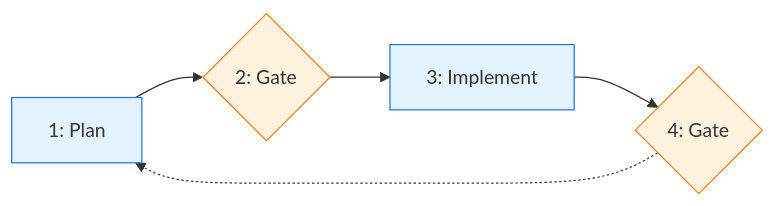
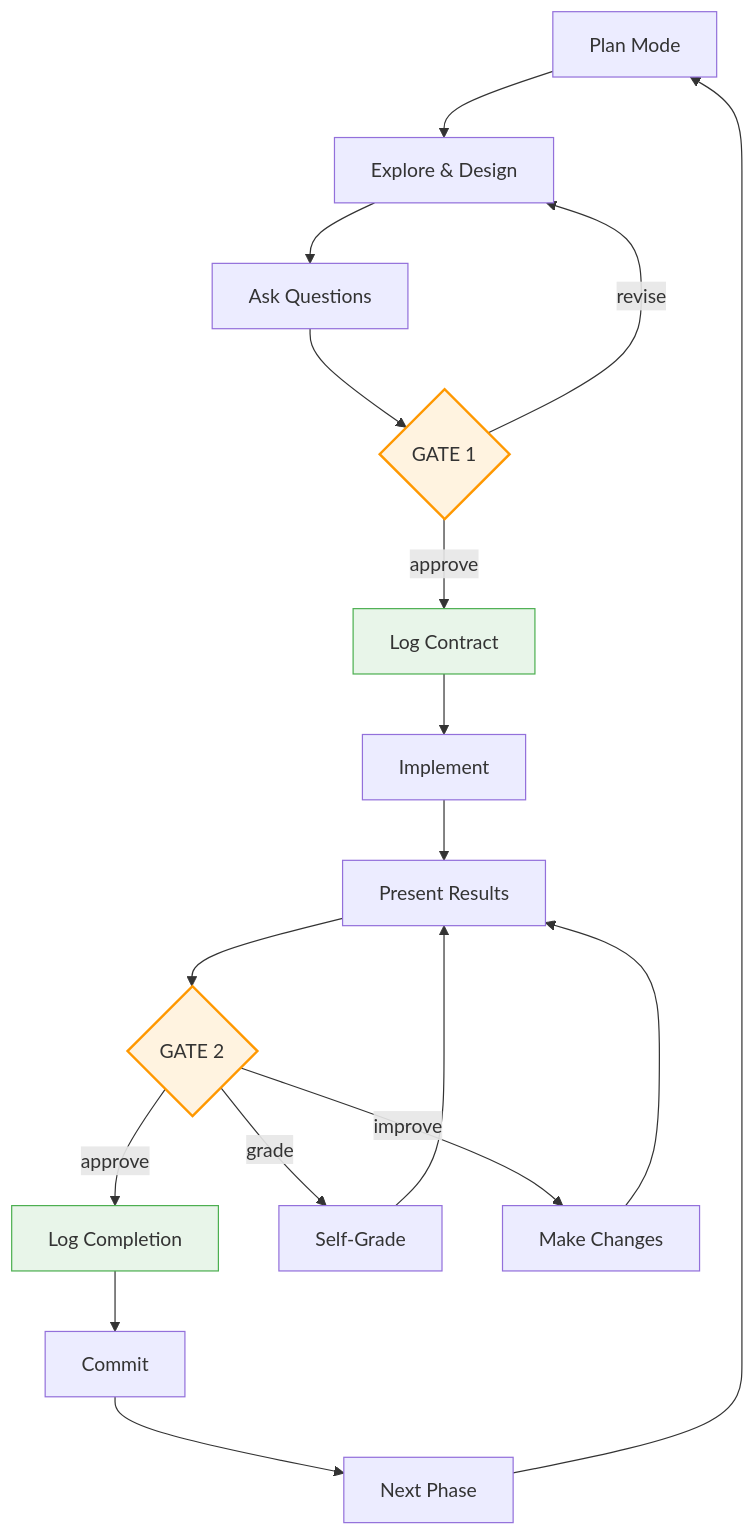
One commit to binaryphile/tandem-protocol changed the diagram in README.md. Above: the diagram before and after it, drawn with Mermaid. The commit also changed other lines of this file, not shown here.

````diff
--- a/README.md
+++ b/README.md
@@ -58,12 +58,25 @@
 ```mermaid
-flowchart LR
-    S1[1: Plan] --> S2{2: Gate}
-    S2 --> S3[3: Implement]
-    S3 --> S4{4: Gate}
-    S4 -.-> S1
+flowchart TD
+    PLAN[Plan Mode] --> EXPLORE[Explore & Design]
+    EXPLORE --> ASK[Ask Questions]
+    ASK --> G1{GATE 1}
+    G1 -->|approve| LOG1[Log Contract]
+    LOG1 --> IMPL[Implement]
+    IMPL --> PRESENT[Present Results]
+    PRESENT --> G2{GATE 2}
+    G2 -->|approve| LOG2[Log Completion]
+    LOG2 --> COMMIT[Commit]
+    COMMIT --> NEXT[Next Phase]
+    NEXT --> PLAN
 
-    style S1 fill:#e3f2fd,stroke:#1976d2
-    style S3 fill:#e3f2fd,stroke:#1976d2
-    style S2 fill:#fff3e0,stroke:#f57c00
-    style S4 fill:#fff3e0,stroke:#f57c00
+    G1 -->|revise| EXPLORE
+    G2 -->|grade| GRADE[Self-Grade]
+    G2 -->|improve| IMPROVE[Make Changes]
+    GRADE --> PRESENT
+    IMPROVE --> PRESENT
+
+    style G1 fill:#fff3e0,stroke:#ff9800,stroke-width:2px
+    style G2 fill:#fff3e0,stroke:#ff9800,stroke-width:2px
+    style LOG1 fill:#e8f5e9,stroke:#4caf50
+    style LOG2 fill:#e8f5e9,stroke:#4caf50
 ```
````
